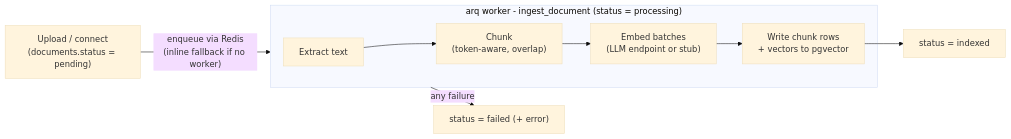
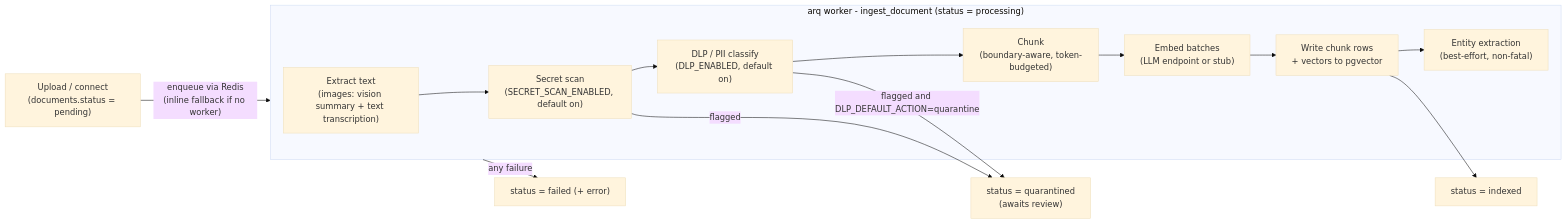
The third of 3 diagrams in docs/ARCHITECTURE.md (km322/Third-Brain), drawn with Mermaid (base theme) before and after one commit. The commit also changed other lines of this file and 36 other files, not shown here.

````diff
--- a/docs/ARCHITECTURE.md
+++ b/docs/ARCHITECTURE.md
@@ -127,11 +138,16 @@
 ```mermaid
 flowchart LR
     upload["Upload / connect<br/>(documents.status = pending)"] -->|"enqueue via Redis<br/>(inline fallback if no worker)"| worker
     subgraph worker["arq worker - ingest_document (status = processing)"]
-        extract["Extract text"] --> chunk["Chunk<br/>(token-aware, overlap)"]
+        extract["Extract text<br/>(images: vision summary + text transcription)"] --> scan["Secret scan<br/>(SECRET_SCAN_ENABLED, default on)"]
+        scan --> dlp["DLP / PII classify<br/>(DLP_ENABLED, default on)"]
+        dlp --> chunk["Chunk<br/>(boundary-aware, token-budgeted)"]
         chunk --> embed["Embed batches<br/>(LLM endpoint or stub)"]
         embed --> writeChunks["Write chunk rows<br/>+ vectors to pgvector"]
+        writeChunks --> entities["Entity extraction<br/>(best-effort, non-fatal)"]
     end
+    scan -->|"flagged"| quarantined["status = quarantined<br/>(awaits review)"]
+    dlp -->|"flagged and DLP_DEFAULT_ACTION=quarantine"| quarantined
     writeChunks --> indexed["status = indexed"]
     worker -->|"any failure"| failed["status = failed (+ error)"]
 ```
````
